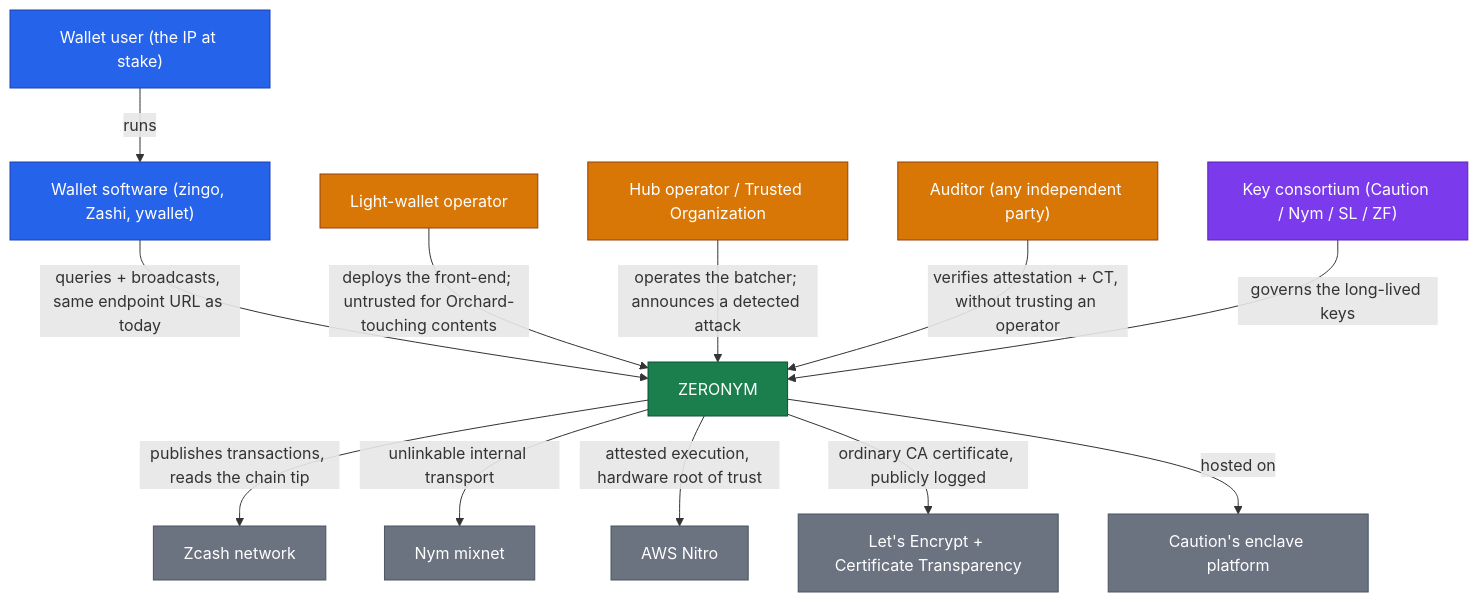
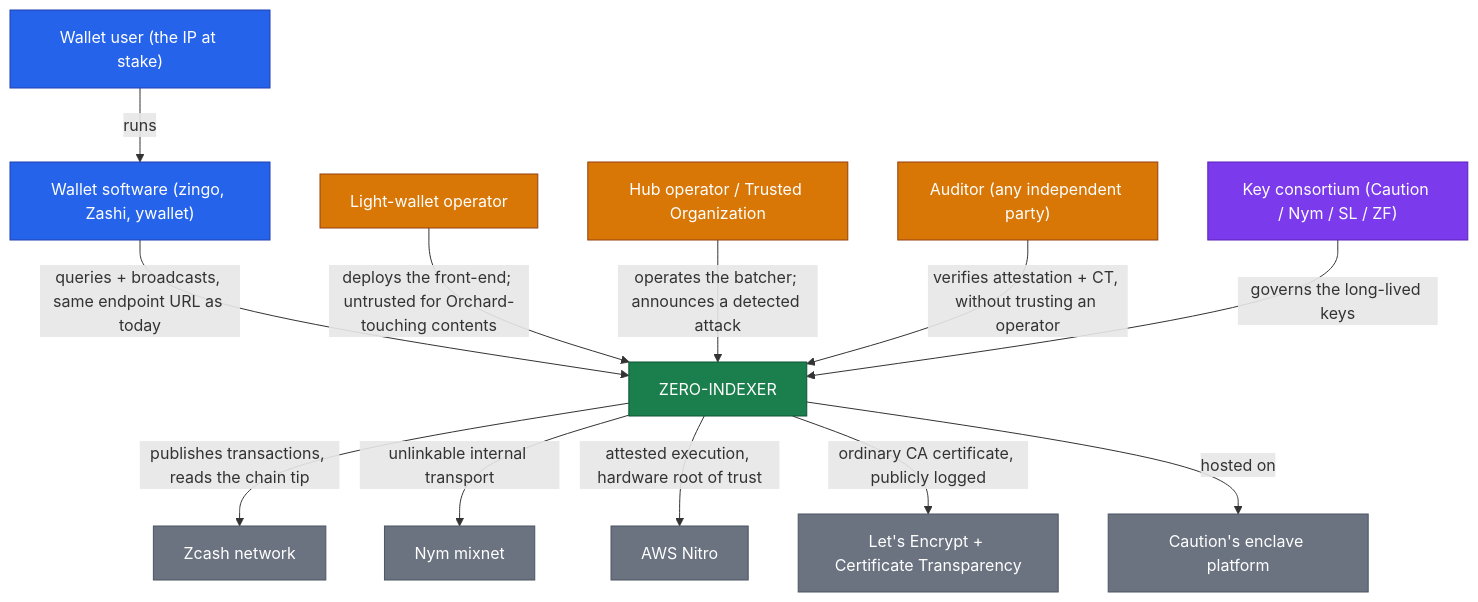
The diagram in zeronym/book/src/introduction.md (ShieldedLabs/zero), drawn with Mermaid before and after one commit. The commit also changed other lines of this file and 6 other files, not shown here.

First line of the commit message:
docs(book): rename Zeronym to zero-indexer

````diff
--- a/zeronym/book/src/introduction.md
+++ b/zeronym/book/src/introduction.md
@@ -22,25 +22,25 @@
 ```mermaid
 flowchart TB
   USER["Wallet user (the IP at stake)"] -->|"runs"| WAL["Wallet software (zingo, Zashi, ywallet)"]
-  WAL -->|"queries + broadcasts, same endpoint URL as today"| ZN["ZERONYM"]
-  OPR["Light-wallet operator"] -->|"deploys the front-end; untrusted for Orchard-touching contents"| ZN
-  TO["Hub operator / Trusted Organization"] -->|"operates the batcher; announces a detected attack"| ZN
-  AUD["Auditor (any independent party)"] -->|"verifies attestation + CT, without trusting an operator"| ZN
-  KC["Key consortium (Caution / Nym / SL / ZF)"] -->|"governs the long-lived keys"| ZN
-  ZN -->|"publishes transactions, reads the chain tip"| ZEC["Zcash network"]
-  ZN -->|"unlinkable internal transport"| NYM["Nym mixnet"]
-  ZN -->|"attested execution, hardware root of trust"| NITRO["AWS Nitro"]
-  ZN -->|"ordinary CA certificate, publicly logged"| CT["Let's Encrypt + Certificate Transparency"]
-  ZN -->|"hosted on"| CAU["Caution's enclave platform"]
+  WAL -->|"queries + broadcasts, same endpoint URL as today"| ZI["ZERO-INDEXER"]
+  OPR["Light-wallet operator"] -->|"deploys the front-end; untrusted for Orchard-touching contents"| ZI
+  TO["Hub operator / Trusted Organization"] -->|"operates the batcher; announces a detected attack"| ZI
+  AUD["Auditor (any independent party)"] -->|"verifies attestation + CT, without trusting an operator"| ZI
+  KC["Key consortium (Caution / Nym / SL / ZF)"] -->|"governs the long-lived keys"| ZI
+  ZI -->|"publishes transactions, reads the chain tip"| ZEC["Zcash network"]
+  ZI -->|"unlinkable internal transport"| NYM["Nym mixnet"]
+  ZI -->|"attested execution, hardware root of trust"| NITRO["AWS Nitro"]
+  ZI -->|"ordinary CA certificate, publicly logged"| CT["Let's Encrypt + Certificate Transparency"]
+  ZI -->|"hosted on"| CAU["Caution's enclave platform"]
 
   classDef enclave fill:#1b7f4d,color:#fff,stroke:#0d5233;
   classDef client fill:#2563eb,color:#fff,stroke:#1e40af;
   classDef actor fill:#d97706,color:#fff,stroke:#92400e;
   classDef keyinfra fill:#7c3aed,color:#fff,stroke:#5b21b6;
   classDef external fill:#6b7280,color:#fff,stroke:#4b5563;
-  class ZN enclave;
+  class ZI enclave;
   class USER,WAL client;
   class OPR,TO,AUD actor;
   class KC keyinfra;
   class ZEC,NYM,NITRO,CT,CAU external;
 ```
````
